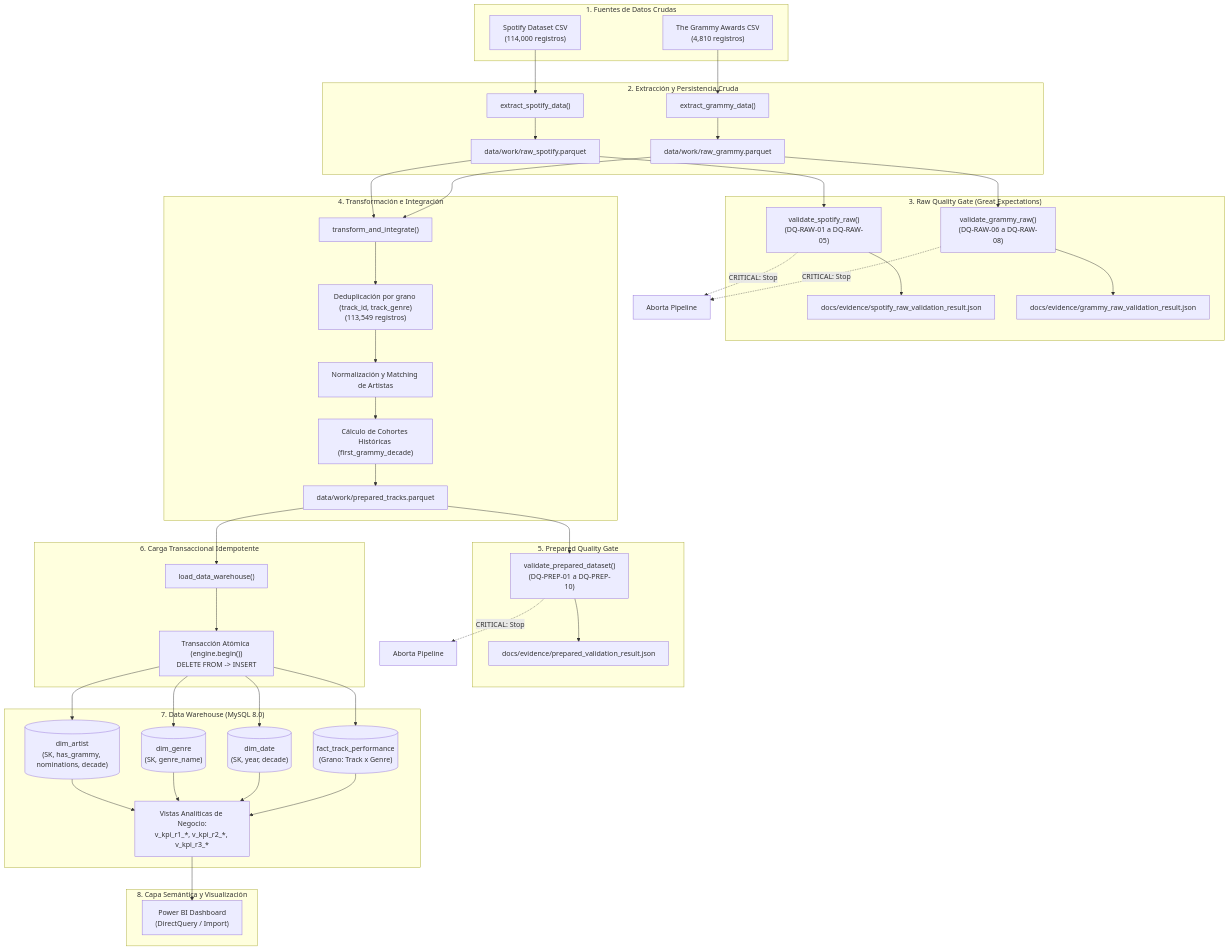
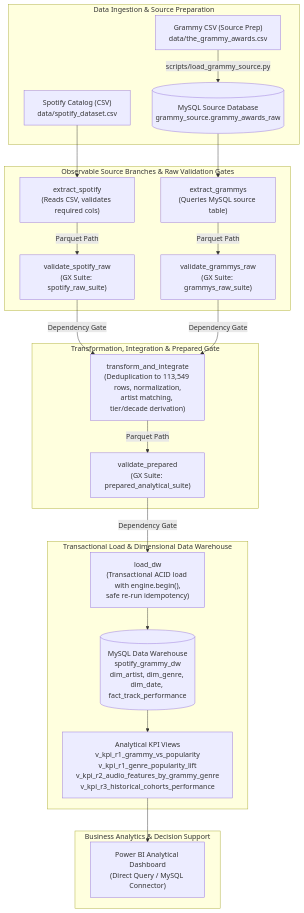
Before and after one commit to Taborda004/Workshop-2: the diagram in docs/architecture.md, drawn with Mermaid. The commit also changed other lines of this file and 77 other files, not shown here.

Commit message:
feat: implement reliable batch data pipeline, dimensional warehouse and technical documentation

````diff
--- a/docs/architecture.md
+++ b/docs/architecture.md
@@ -23,62 +62,46 @@
 ```mermaid
 flowchart TD
-    subgraph Fuentes ["1. Fuentes de Datos Crudas"]
-        S1["Spotify Dataset CSV<br/>(114,000 registros)"]
-        S2["The Grammy Awards CSV<br/>(4,810 registros)"]
+    subgraph S1["Data Ingestion & Source Preparation"]
+        SP_CSV["Spotify Catalog (CSV)<br/>data/spotify_dataset.csv"]
+        GR_CSV["Grammy CSV (Source Prep)<br/>data/the_grammy_awards.csv"]
+        GR_DB[("MySQL Source Database<br/>grammy_source.grammy_awards_raw")]
+        GR_CSV -->|scripts/load_grammy_source.py| GR_DB
     end
 
-    subgraph Extraccion ["2. Extracción y Persistencia Cruda"]
-        E1["extract_spotify_data()"]
-        E2["extract_grammy_data()"]
-        P1["data/work/raw_spotify.parquet"]
-        P2["data/work/raw_grammy.parquet"]
+    subgraph S2["Observable Source Branches & Raw Validation Gates"]
+        T_EXT_SP["extract_spotify<br/>(Reads CSV, validates required cols)"]
+        T_VAL_SP["validate_spotify_raw<br/>(GX Suite: spotify_raw_suite)"]
+        T_EXT_GR["extract_grammys<br/>(Queries MySQL source table)"]
+        T_VAL_GR["validate_grammys_raw<br/>(GX Suite: grammys_raw_suite)"]
+
+        SP_CSV --> T_EXT_SP
+        T_EXT_SP -->|Parquet Path| T_VAL_SP
+
+        GR_DB --> T_EXT_GR
+        T_EXT_GR -->|Parquet Path| T_VAL_GR
     end
 
-    subgraph Gate1 ["3. Raw Quality Gate (Great Expectations)"]
-        GX1["validate_spotify_raw()<br/>(DQ-RAW-01 a DQ-RAW-05)"]
-        GX2["validate_grammy_raw()<br/>(DQ-RAW-06 a DQ-RAW-08)"]
-        EV1["docs/evidence/spotify_raw_validation_result.json"]
-        EV2["docs/evidence/grammy_raw_validation_result.json"]
+    subgraph S3["Transformation, Integration & Prepared Gate"]
+        T_TRANS["transform_and_integrate<br/>(Deduplication to 113,549 rows, normalization,<br/>artist matching, tier/decade derivation)"]
+        T_VAL_PREP["validate_prepared<br/>(GX Suite: prepared_analytical_suite)"]
+
+        T_VAL_SP -->|Dependency Gate| T_TRANS
+        T_VAL_GR -->|Dependency Gate| T_TRANS
+        T_TRANS -->|Parquet Path| T_VAL_PREP
     end
 
-    subgraph Transformacion ["4. Transformación e Integración"]
-        T1["transform_and_integrate()"]
-        T_Sub1["Deduplicación por grano (track_id, track_genre)<br/>(113,549 registros)"]
-        T_Sub2["Normalización y Matching de Artistas"]
-        T_Sub3["Cálculo de Cohortes Históricas (first_grammy_decade)"]
-        P3["data/work/prepared_tracks.parquet"]
+    subgraph S4["Transactional Load & Dimensional Data Warehouse"]
+        T_LOAD["load_dw<br/>(Transactional ACID load with engine.begin(),<br/>safe re-run idempotency)"]
+        DW[("MySQL Data Warehouse<br/>spotify_grammy_dw<br/>dim_artist, dim_genre, dim_date, fact_track_performance")]
+        VIEWS["Analytical KPI Views<br/>v_kpi_r1_grammy_vs_popularity<br/>v_kpi_r1_genre_popularity_lift<br/>v_kpi_r2_audio_features_by_grammy_genre<br/>v_kpi_r3_historical_cohorts_performance"]
+
+        T_VAL_PREP -->|Dependency Gate| T_LOAD
+        T_LOAD --> DW
+        DW --> VIEWS
     end
 
-    subgraph Gate2 ["5. Prepared Quality Gate"]
-        GX3["validate_prepared_dataset()<br/>(DQ-PREP-01 a DQ-PREP-10)"]
-        EV3["docs/evidence/prepared_validation_result.json"]
+    subgraph S5["Business Analytics & Decision Support"]
+        PBI["Power BI Analytical Dashboard<br/>(Direct Query / MySQL Connector)"]
+        VIEWS --> PBI
     end
-
-    subgraph Carga ["6. Carga Transaccional Idempotente"]
-        L1["load_data_warehouse()"]
-        TX["Transacción Atómica (engine.begin())<br/>DELETE FROM -> INSERT"]
-    end
-
-    subgraph DW ["7. Data Warehouse (MySQL 8.0)"]
-        D1[("dim_artist<br/>(SK, has_grammy, nominations, decade)")]
-        D2[("dim_genre<br/>(SK, genre_name)")]
-        D3[("dim_date<br/>(SK, year, decade)")]
-        F1[("fact_track_performance<br/>(Grano: Track x Genre)")]
-        V1["Vistas Analíticas de Negocio:<br/>v_kpi_r1_*, v_kpi_r2_*, v_kpi_r3_*"]
-    end
-
-    subgraph Consumo ["8. Capa Semántica y Visualización"]
-        PBI["Power BI Dashboard<br/>(DirectQuery / Import)"]
-    end
-
-    S1 --> E1 --> P1 --> GX1 --> EV1
-    S2 --> E2 --> P2 --> GX2 --> EV2
-    P1 --> T1
-    P2 --> T1
-    T1 --> T_Sub1 --> T_Sub2 --> T_Sub3 --> P3
-    P3 --> GX3 --> EV3
-    GX1 -. "CRITICAL: Stop" .-> X1["Aborta Pipeline"]
-    GX2 -. "CRITICAL: Stop" .-> X1
-    GX3 -. "CRITICAL: Stop" .-> X2["Aborta Pipeline"]
-    P3 --> L1 --> TX --> D1 & D2 & D3 & F1 --> V1 --> PBI
 ```
````
